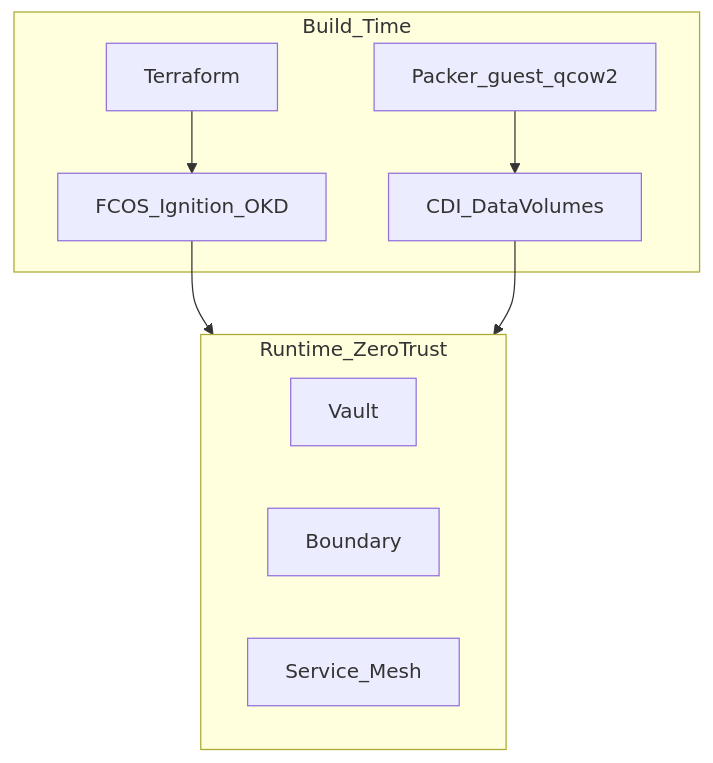
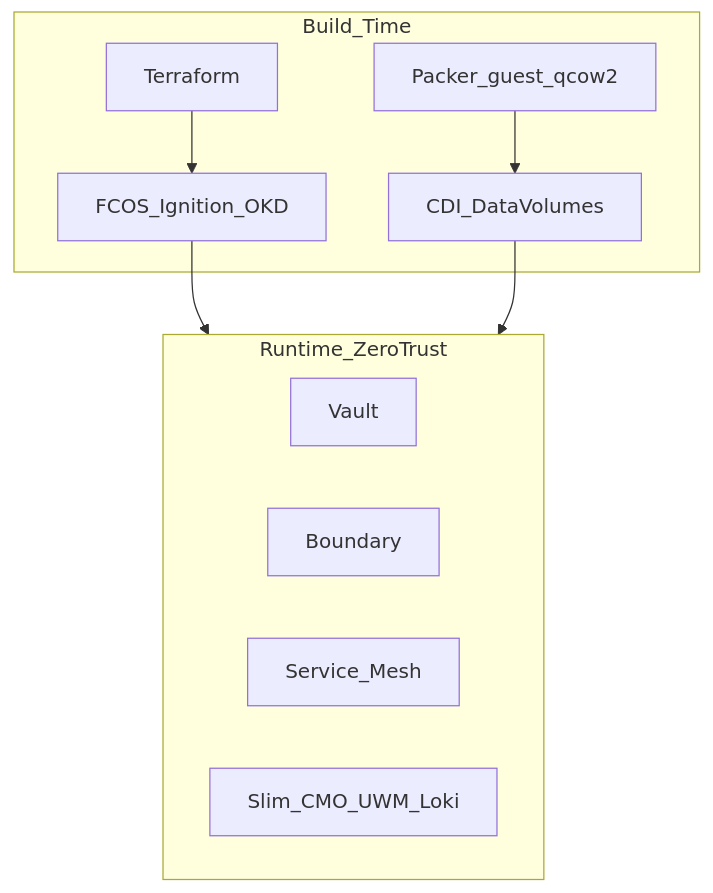
One commit to sfd-markets/cv changed the seventh of 8 diagrams in _portfolio/vps-devops-lab.md. Above: the diagram before and after it, drawn with Mermaid. The commit also changed other lines of this file, not shown here.

````diff
--- a/_portfolio/vps-devops-lab.md
+++ b/_portfolio/vps-devops-lab.md
@@ -290,19 +360,20 @@
 ```mermaid
 flowchart TB
   subgraph buildTime [Build_Time]
     packer[Packer_guest_qcow2]
     terraform[Terraform]
     ignition[FCOS_Ignition_OKD]
     packer --> cdi[CDI_DataVolumes]
     terraform --> ignition
   end
 
   subgraph runTime [Runtime_ZeroTrust]
     vault[Vault]
     boundary[Boundary]
     mesh[Service_Mesh]
+    obs[Slim_CMO_UWM_Loki]
   end
 
   ignition --> runTime
   cdi --> runTime
 ```
````
